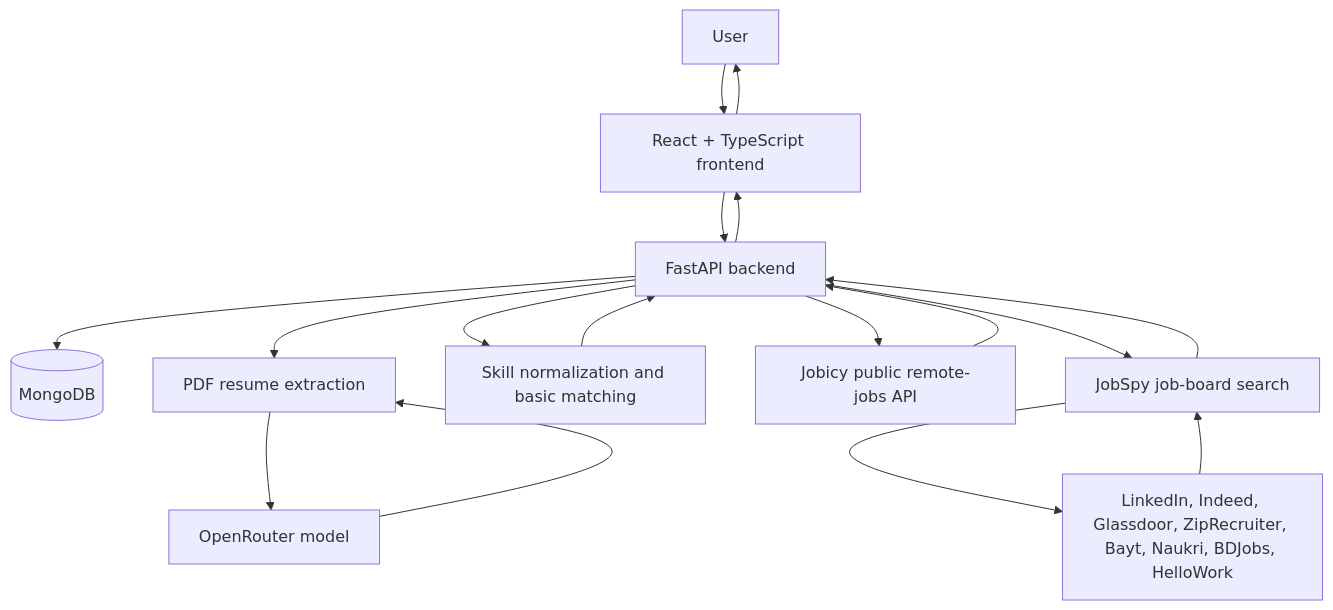
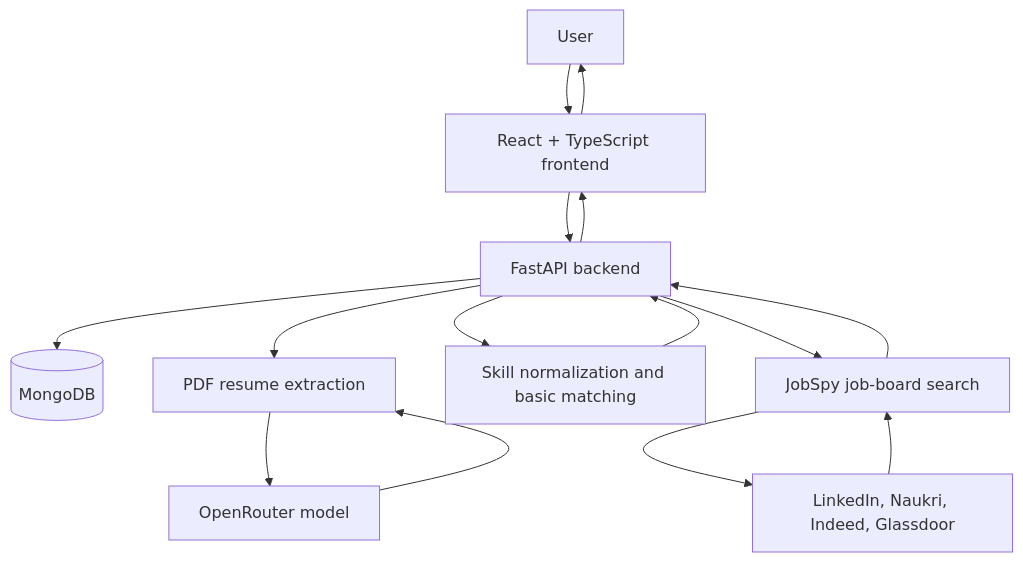
Before and after one commit to musahibpasha/careerpilot-ai: the diagram in README.md, drawn with Mermaid. The commit also changed other lines of this file and 30 other files, not shown here.

````diff
--- a/README.md
+++ b/README.md
@@ -113,19 +137,17 @@
 ```mermaid
 flowchart TD
     U[User] --> FE[React + TypeScript frontend]
     FE --> API[FastAPI backend]
     API --> DB[(MongoDB)]
     API --> RES[PDF resume extraction]
     RES --> AI[OpenRouter model]
     AI --> RES
     API --> MATCH[Skill normalization and basic matching]
-    API --> JOBICY[Jobicy public remote-jobs API]
     API --> JOBSPY[JobSpy job-board search]
-    JOBSPY --> BOARDS[LinkedIn, Indeed, Glassdoor, ZipRecruiter, Bayt, Naukri, BDJobs, HelloWork]
+    JOBSPY --> BOARDS[LinkedIn, Naukri, Indeed, Glassdoor]
     BOARDS --> JOBSPY
     JOBSPY --> API
-    JOBICY --> API
     MATCH --> API
     API --> FE
     FE --> U
 ```
````
